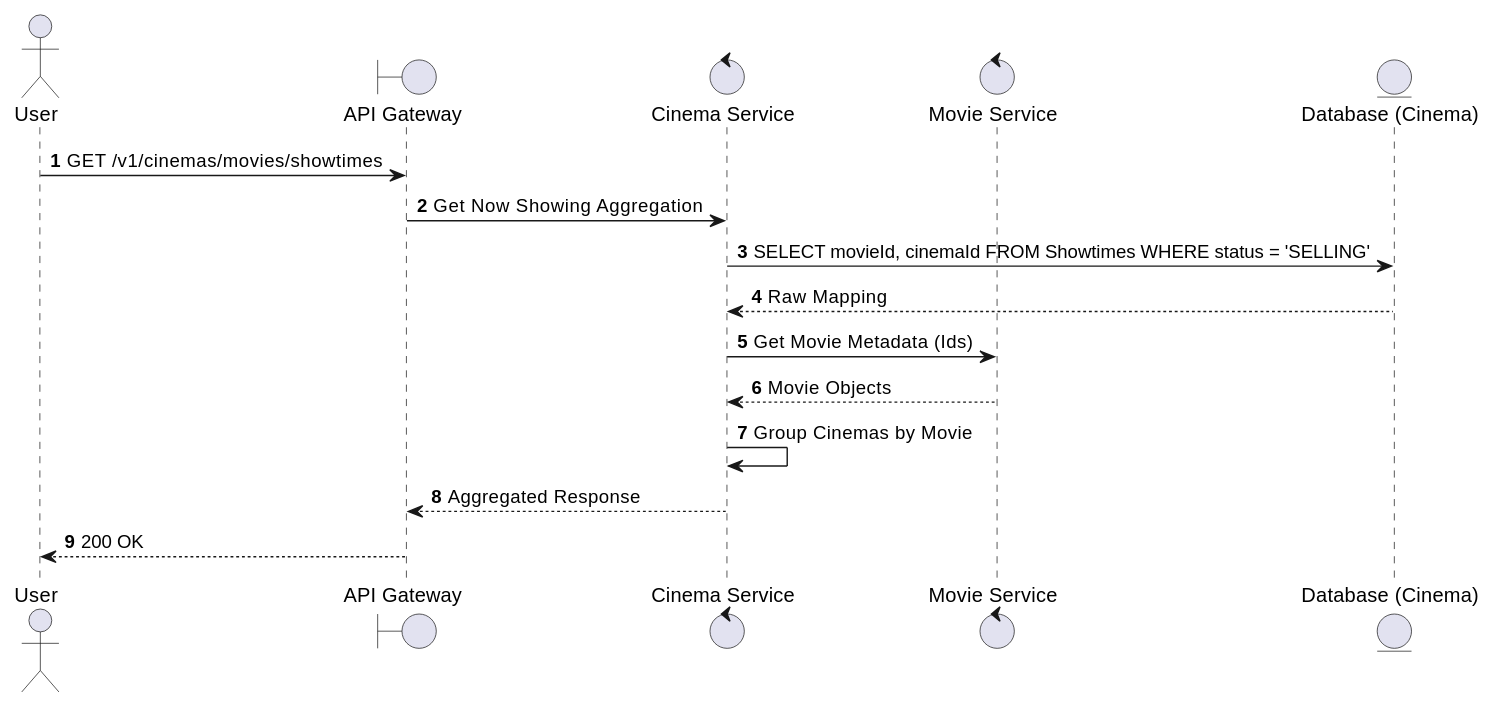
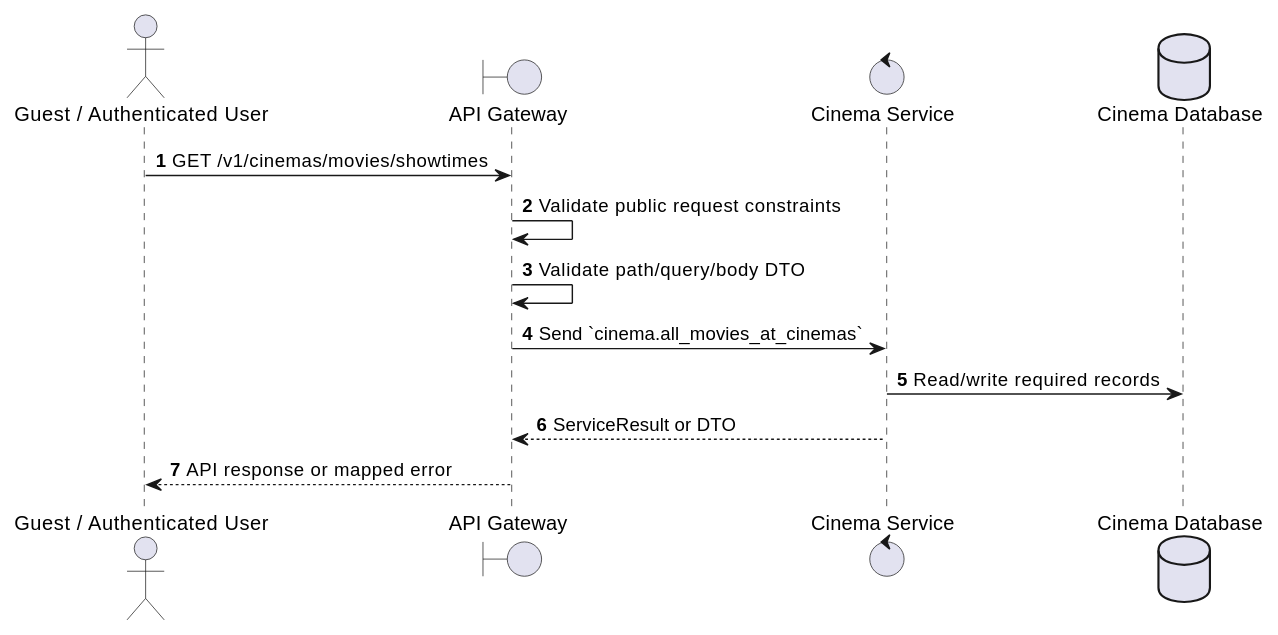
The first of 2 diagrams in docs/functional_specs/3.4_Showtime_Scheduling/ST-10_Get_All_Movies_with_Showtimes.md (Tanh1603/movie-hub-architecture), drawn with PlantUML before and after one commit. The commit also changed other lines of this file and 126 other files, not shown here.

````diff
--- a/docs/functional_specs/3.4_Showtime_Scheduling/ST-10_Get_All_Movies_with_Showtimes.md
+++ b/docs/functional_specs/3.4_Showtime_Scheduling/ST-10_Get_All_Movies_with_Showtimes.md
@@ -17,20 +17,17 @@
 ```plantuml
 @startuml
 autonumber
-actor User
+actor "Guest / Authenticated User" as Actor
 boundary "API Gateway" as GW
-control "Cinema Service" as CS
-control "Movie Service" as MS
-entity "Database (Cinema)" as DB
+control "Cinema Service" as SVC
+database "Cinema Database" as DB
 
-User -> GW: GET /v1/cinemas/movies/showtimes
-GW -> CS: Get Now Showing Aggregation
-CS -> DB: SELECT movieId, cinemaId FROM Showtimes WHERE status = 'SELLING'
-DB --> CS: Raw Mapping
-CS -> MS: Get Movie Metadata (Ids)
-MS --> CS: Movie Objects
-CS -> CS: Group Cinemas by Movie
-CS --> GW: Aggregated Response
-GW --> User: 200 OK
+Actor -> GW: GET /v1/cinemas/movies/showtimes
+GW -> GW: Validate public request constraints
+GW -> GW: Validate path/query/body DTO
+GW -> SVC: Send `cinema.all_movies_at_cinemas`
+SVC -> DB: Read/write required records
+SVC --> GW: ServiceResult or DTO
+GW --> Actor: API response or mapped error
 @enduml
 ```
````
